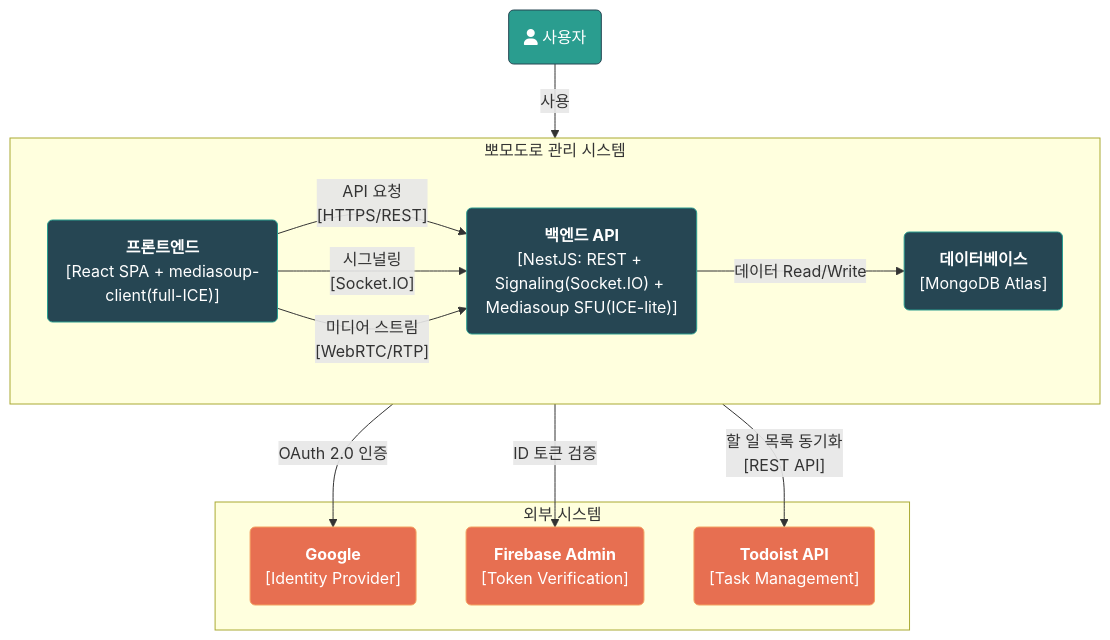
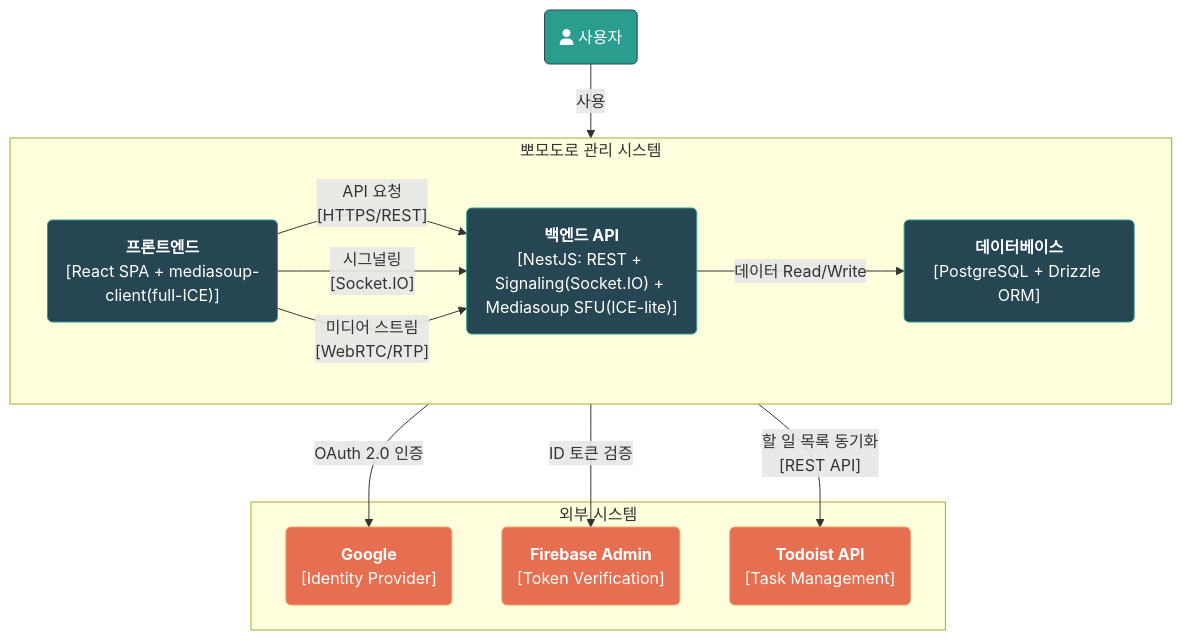
One commit to Yonghwan-Song/pomodoro-doc changed the second of 3 diagrams in docs/introduction.md. Above: the diagram before and after it, drawn with Mermaid. The commit also changed other lines of this file and 2 other files, not shown here.

First line of the commit message:
Fix stale database and hosting references in the docs

````diff
--- a/docs/introduction.md
+++ b/docs/introduction.md
@@ -266,34 +265,34 @@
 ```mermaid
 flowchart TD
     User("fa:fa-user 사용자")
 
     subgraph "외부 시스템"
         Google("<b>Google</b><br>[Identity Provider]")
         Firebase("<b>Firebase Admin</b><br>[Token Verification]")
         Todoist("<b>Todoist API</b><br>[Task Management]")
     end
 
     subgraph "뽀모도로 관리 시스템"
         direction LR
         Frontend("<b>프론트엔드</b><br>[React SPA + mediasoup-client(full-ICE)]")
         Backend("<b>백엔드 API</b><br>[NestJS: REST + Signaling(Socket.IO) + Mediasoup SFU(ICE-lite)]")
-        Database("<b>데이터베이스</b><br>[MongoDB Atlas]")
+        Database("<b>데이터베이스</b><br>[PostgreSQL + Drizzle ORM]")
     end
 
     User -- "사용" --> Frontend
     Frontend -- "API 요청<br>[HTTPS/REST]" --> Backend
     Frontend -- "시그널링<br>[Socket.IO]" --> Backend
     Frontend -- "미디어 스트림<br>[WebRTC/RTP]" --> Backend
     Frontend -- "OAuth 2.0 인증" --> Google
     Backend -- "ID 토큰 검증" --> Firebase
     Backend -- "데이터 Read/Write" --> Database
     Backend -- "할 일 목록 동기화<br>[REST API]" --> Todoist
 
     style User fill:#2a9d8f,stroke:#264653,color:#fff
     style Frontend fill:#264653,stroke:#2a9d8f,color:#fff
     style Backend fill:#264653,stroke:#2a9d8f,color:#fff
     style Database fill:#264653,stroke:#2a9d8f,color:#fff
     style Google fill:#e76f51,stroke:#f4a261,color:#fff
     style Firebase fill:#e76f51,stroke:#f4a261,color:#fff
     style Todoist fill:#e76f51,stroke:#f4a261,color:#fff
 ```
````
